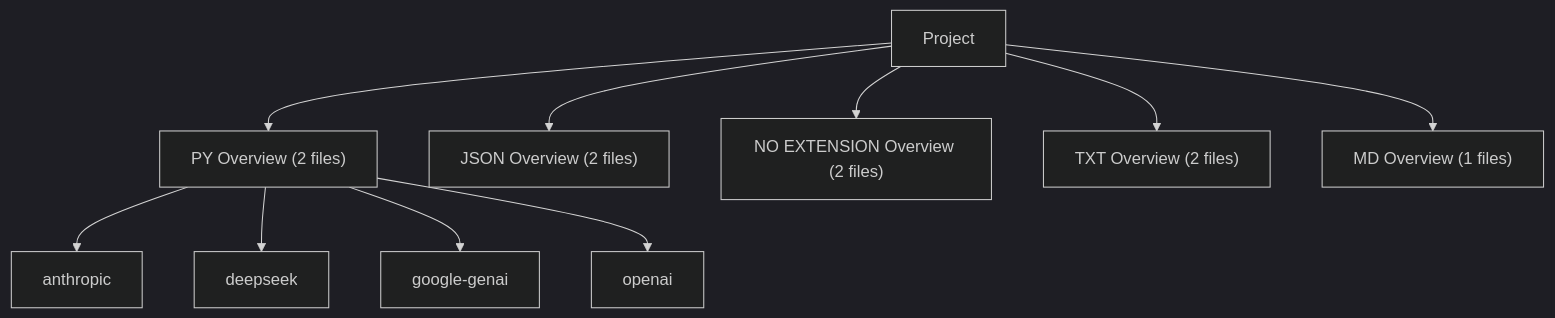
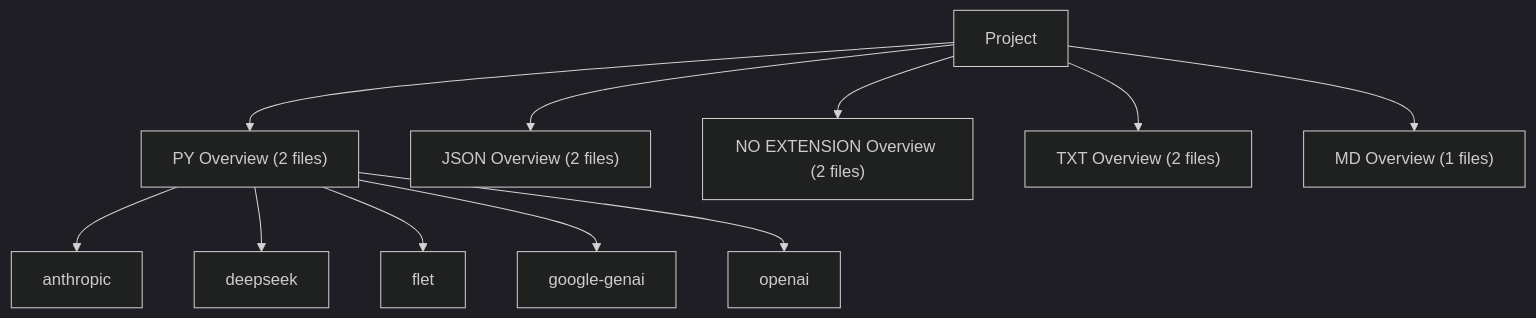
Before and after one commit to lystwork/ndaversis: the second of 3 diagrams in readme.md, drawn with Mermaid (dark theme). The commit also changed other lines of this file and 3 other files, not shown here.

````diff
--- a/readme.md
+++ b/readme.md
@@ -240,12 +249,13 @@
 ```mermaid
 graph TD
     Project --> lang_PY["PY Overview (2 files)"]
     lang_PY --> dep_anthropic["anthropic"]
     lang_PY --> dep_deepseek["deepseek"]
+    lang_PY --> dep_flet["flet"]
     lang_PY --> dep_google_genai["google-genai"]
     lang_PY --> dep_openai["openai"]
     Project --> lang_JSON["JSON Overview (2 files)"]
     Project --> lang_NO_EXTENSION["NO EXTENSION Overview (2 files)"]
     Project --> lang_TXT["TXT Overview (2 files)"]
     Project --> lang_MD["MD Overview (1 files)"]
 ```
````
